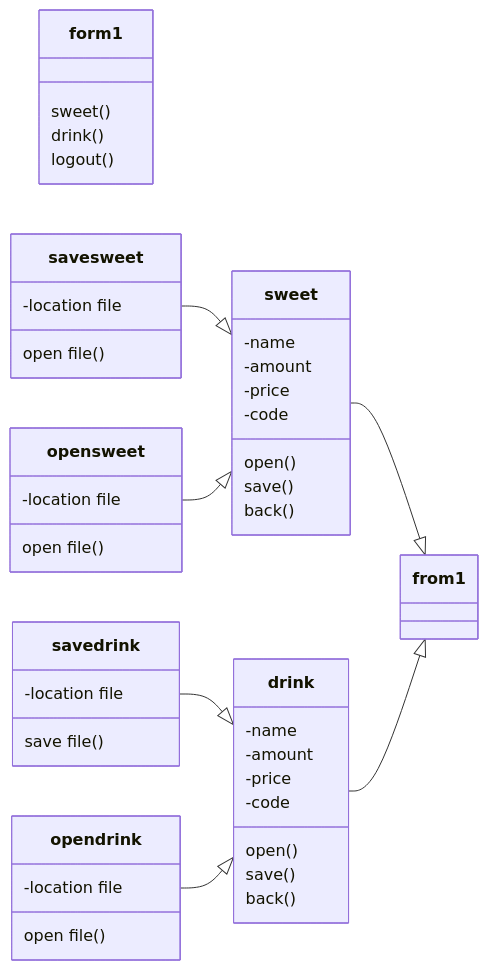
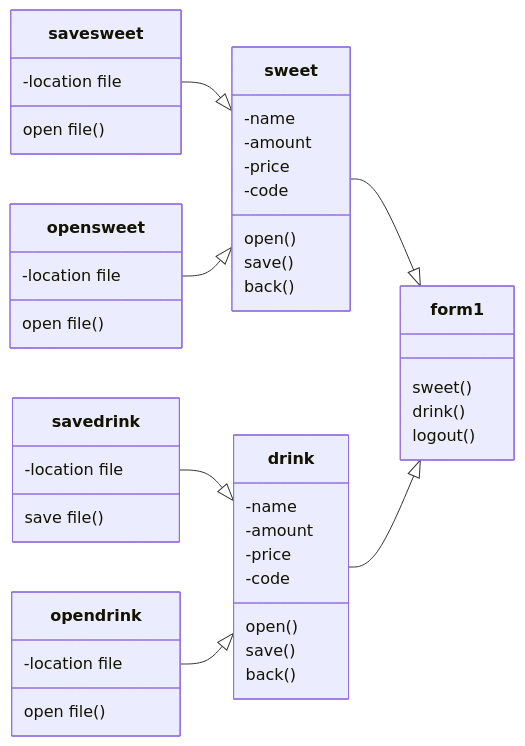
Before and after one commit to Syxsaran/Final643450086-6: the diagram in README.md, drawn with Mermaid.

````diff
--- a/README.md
+++ b/README.md
@@ -3,51 +3,51 @@
 ```mermaid
 classDiagram
   direction LR
   class form1{
   sweet()
   drink()
   logout()
   }
   class sweet{
   -name
   -amount
   -price
   -code
   open()
   save()
   back()
   }
   class drink{
   -name
   -amount
   -price
   -code
   open()
   save()
   back()
   }
   class savedrink{
   -location file
   save file()
   }
   class opendrink{
   -location file
   open file()
   }
   class opensweet{
   -location file
   open file()
   }
   class savesweet{
   -location file
   open file()
   }
   savedrink --|> drink
   opendrink --|> drink
   
   savesweet --|> sweet
   opensweet --|> sweet
   
-  sweet --|> from1
-  drink --|>from1
+  sweet --|> form1
+  drink --|>form1
 ```
````
